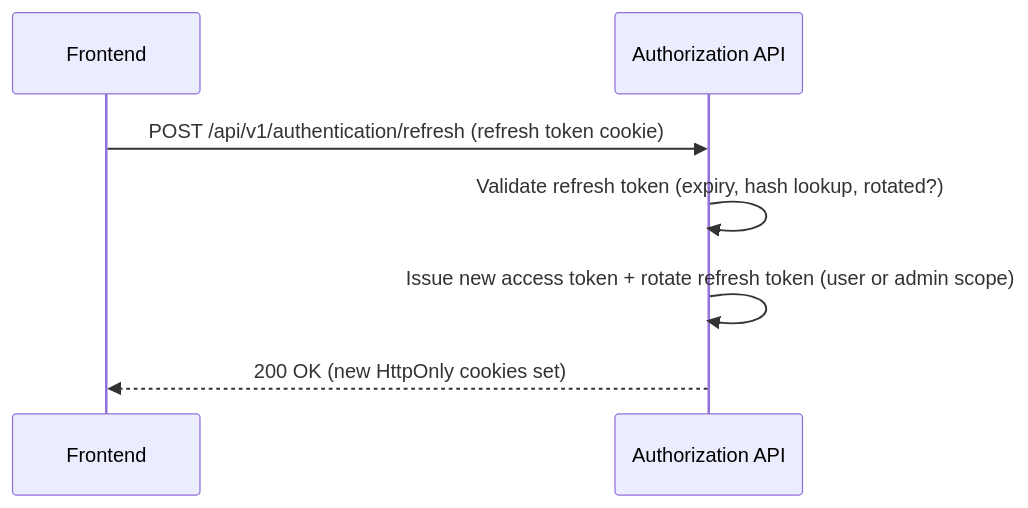
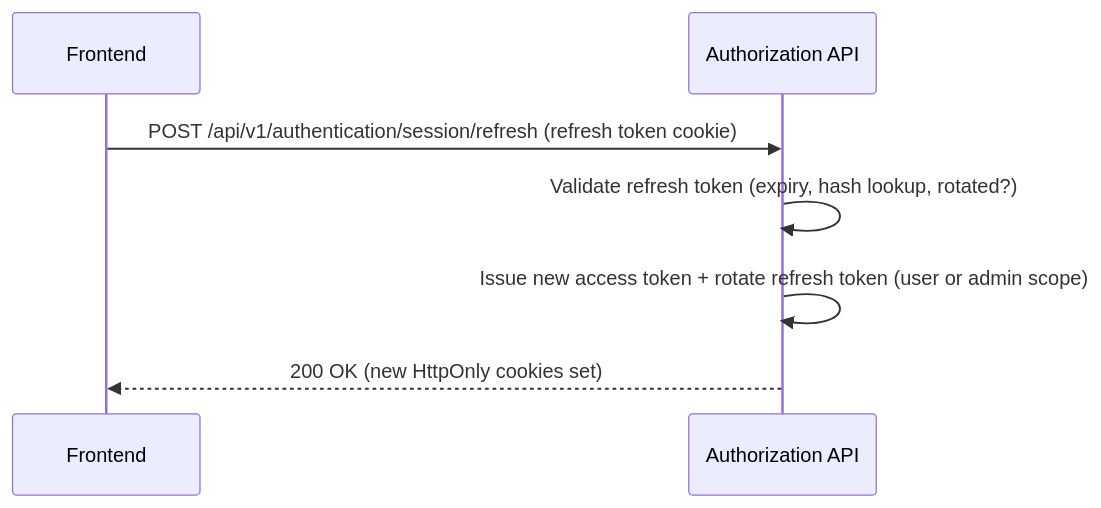
Before and after one commit to wouterfennis/TimeForCode: the second of 8 diagrams in docs/architecture/arc42/06-runtime-view.md, drawn with Mermaid. The commit also changed 29 other files, not shown here.

````diff
--- a/docs/architecture/arc42/06-runtime-view.md
+++ b/docs/architecture/arc42/06-runtime-view.md
@@ -47,10 +47,10 @@
 ```mermaid
 sequenceDiagram
     participant Frontend
     participant AuthAPI as Authorization API
 
-    Frontend->>AuthAPI: POST /api/v1/authentication/refresh (refresh token cookie)
+    Frontend->>AuthAPI: POST /api/v1/authentication/session/refresh (refresh token cookie)
     AuthAPI->>AuthAPI: Validate refresh token (expiry, hash lookup, rotated?)
     AuthAPI->>AuthAPI: Issue new access token + rotate refresh token (user or admin scope)
     AuthAPI-->>Frontend: 200 OK (new HttpOnly cookies set)
 ```
````
